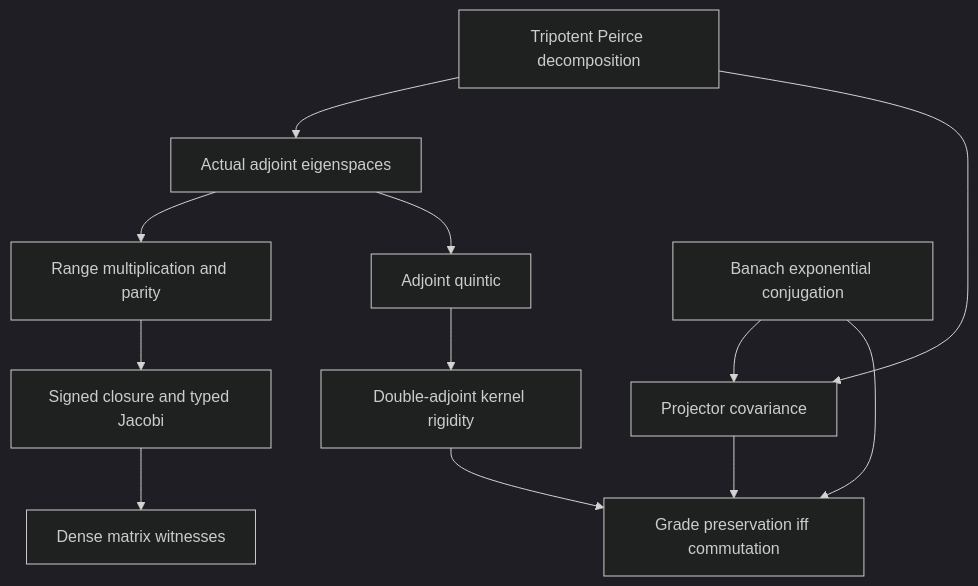
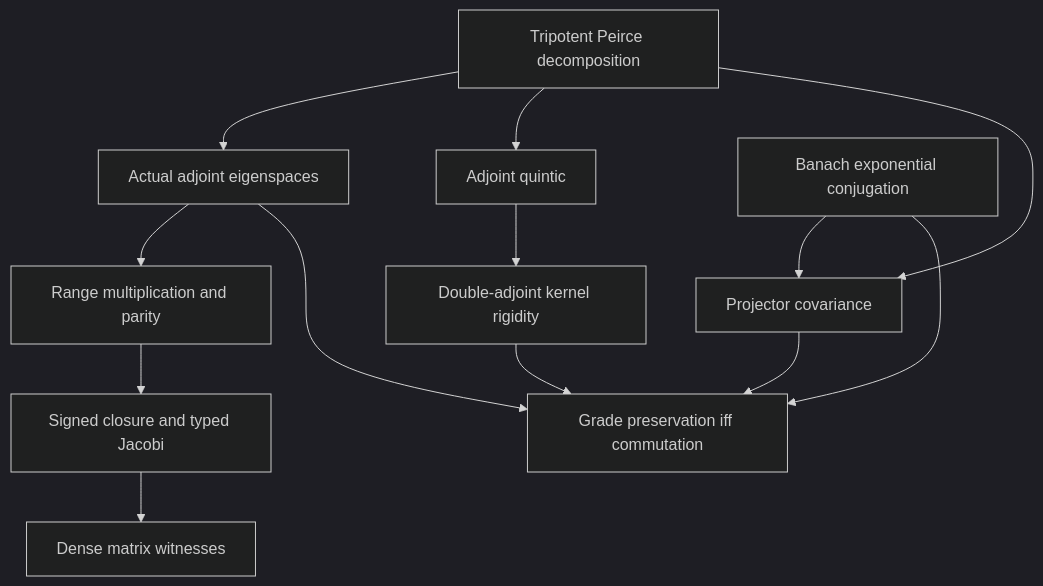
Before and after one commit to nickgou-nuke/info-geometry-lean: the diagram in docs/tripotent_super_flow_contract.md, drawn with Mermaid (dark theme). The commit also changed other lines of this file and 3 other files, not shown here.

````diff
--- a/docs/tripotent_super_flow_contract.md
+++ b/docs/tripotent_super_flow_contract.md
@@ -192,14 +192,15 @@
 ```mermaid
 flowchart TD
   A["Tripotent Peirce decomposition"] --> B["Actual adjoint eigenspaces"]
   B --> C["Range multiplication and parity"]
   C --> D["Signed closure and typed Jacobi"]
   D --> E["Dense matrix witnesses"]
-  B --> F["Adjoint quintic"]
+  A --> F["Adjoint quintic"]
   F --> G["Double-adjoint kernel rigidity"]
   H["Banach exponential conjugation"] --> I["Projector covariance"]
   A --> I
   I --> J["Grade preservation iff commutation"]
+  B --> J
   G --> J
   H --> J
 ```
````
